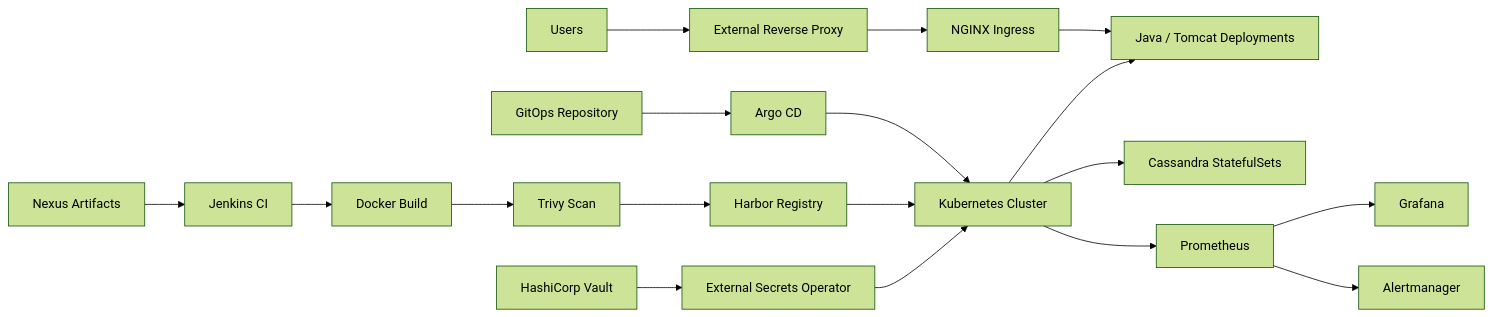
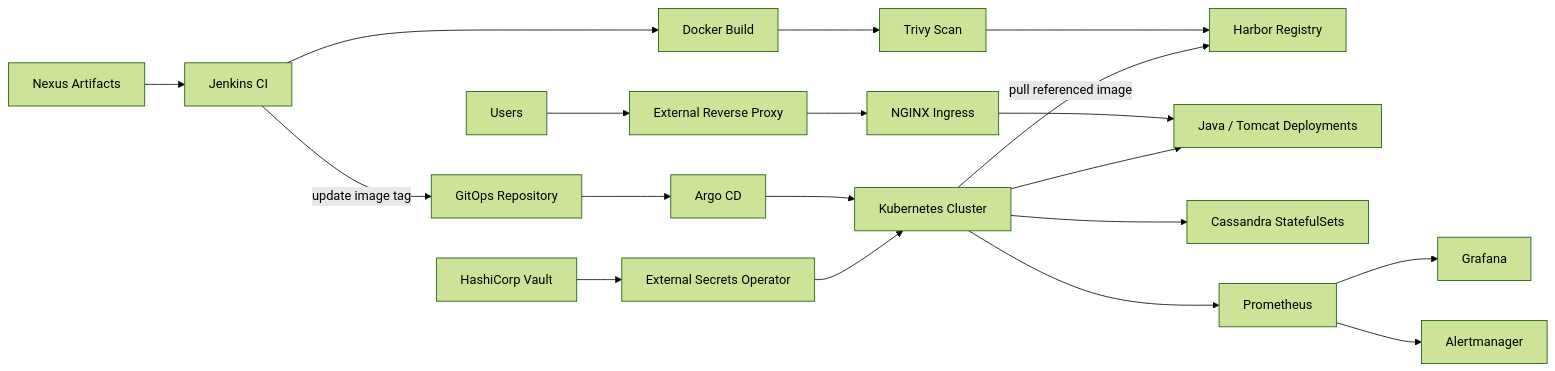
Before and after one commit to Mechida-Aymen/kubernetes-gitops-case-study: the diagram in README.md, drawn with Mermaid (forest theme). The commit also changed other lines of this file, not shown here.

Commit message:
Clarify Harbor and GitOps image promotion flow

````diff
--- a/README.md
+++ b/README.md
@@ -51,25 +51,26 @@
 ```mermaid
 flowchart LR
     NEXUS[Nexus Artifacts] --> JENKINS[Jenkins CI]
     JENKINS --> BUILD[Docker Build]
     BUILD --> TRIVY[Trivy Scan]
     TRIVY --> HARBOR[Harbor Registry]
 
-    GIT[GitOps Repository] --> ARGO[Argo CD]
+    JENKINS -->|update image tag| GIT[GitOps Repository]
+    GIT --> ARGO[Argo CD]
     ARGO --> K8S[Kubernetes Cluster]
-    HARBOR --> K8S
+    K8S -->|pull referenced image| HARBOR
 
     USER[Users] --> RP[External Reverse Proxy]
     RP --> ING[NGINX Ingress]
     ING --> APP[Java / Tomcat Deployments]
 
     K8S --> APP
     K8S --> CASS[Cassandra StatefulSets]
 
     VAULT[HashiCorp Vault] --> ESO[External Secrets Operator]
     ESO --> K8S
 
     K8S --> PROM[Prometheus]
     PROM --> GRAF[Grafana]
     PROM --> ALERT[Alertmanager]
 ```
````
